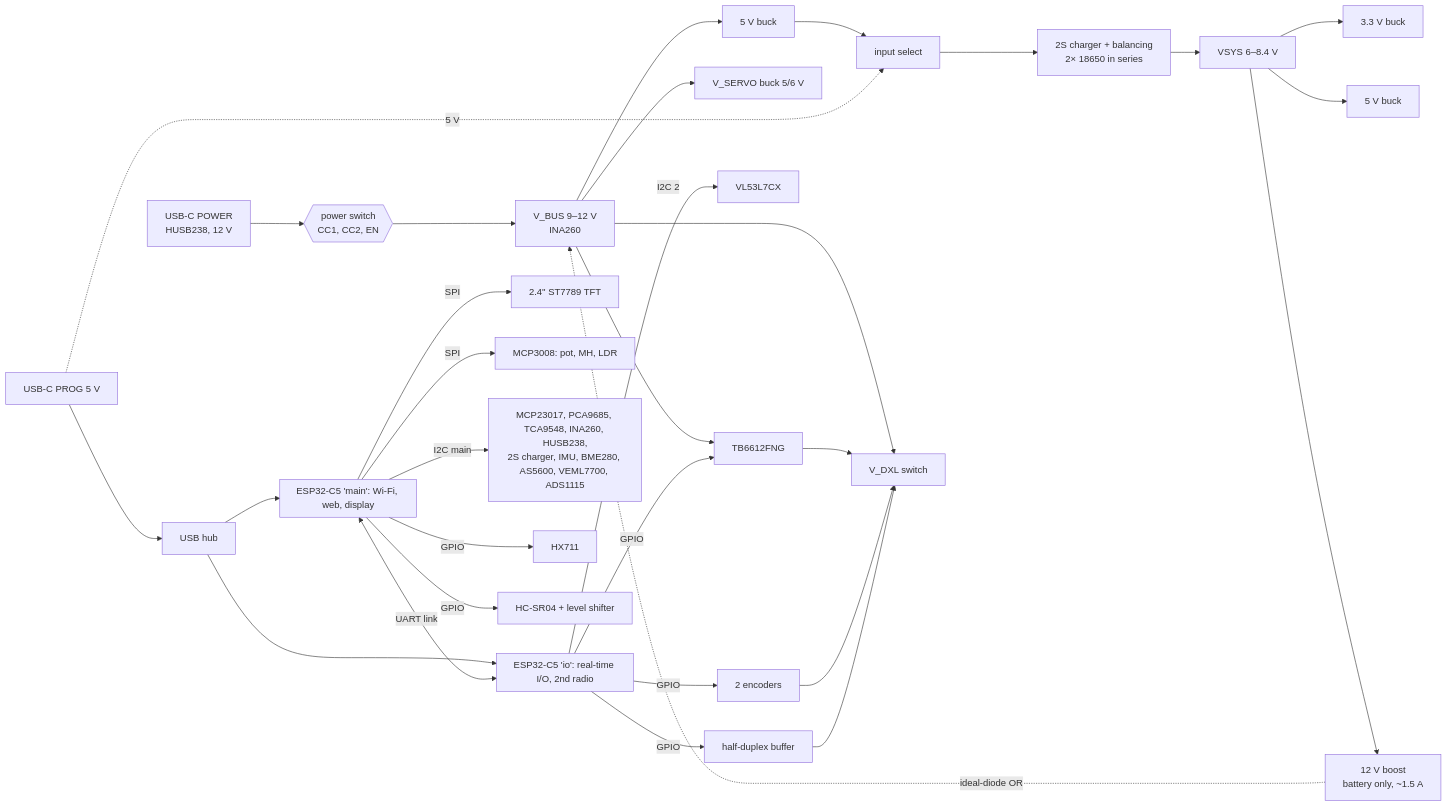
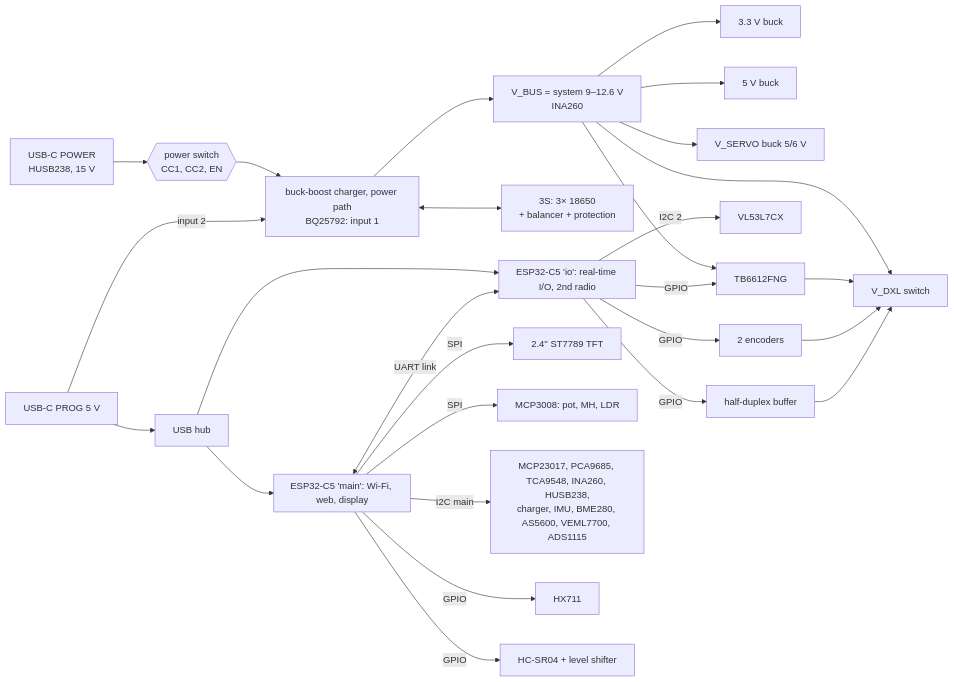
The diagram in Electronics_KiCad/PCB_SPEC.md (vgroenhuis/SensorTestSetup), drawn with Mermaid before and after one commit. The commit also changed other lines of this file, not shown here.

First line of the commit message:
PCB specification draft 0.5: battery 3S with a buck-boost charger

````diff
--- a/Electronics_KiCad/PCB_SPEC.md
+++ b/Electronics_KiCad/PCB_SPEC.md
@@ -43,24 +42,23 @@
 ```mermaid
 flowchart LR
-  PD[USB-C POWER<br>HUSB238, 12 V] --> SW{{power switch<br>CC1, CC2, EN}}
-  SW --> VBUS[V_BUS 9–12 V<br>INA260]
+  PD[USB-C POWER<br>HUSB238, 15 V] --> SW{{power switch<br>CC1, CC2, EN}}
+  SW --> CHG[buck-boost charger, power path<br>BQ25792: input 1]
   PROG[USB-C PROG 5 V] --> HUB[USB hub]
+  PROG -- input 2 --> CHG
   HUB --> A & B
-  VBUS --> C5V[5 V buck] --> MUX[input select] --> CHG[2S charger + balancing<br>2× 18650 in series]
-  PROG -. 5 V .-> MUX
-  CHG --> VSYS[VSYS 6–8.4 V] --> R33[3.3 V buck] & R5[5 V buck] & B12[12 V boost<br>battery only, ~1.5 A]
-  B12 -. ideal-diode OR .-> VBUS
-  VBUS --> SERVO[V_SERVO buck 5/6 V] & MOT[TB6612FNG] & DXL[V_DXL switch]
+  CHG <--> BAT[3S: 3× 18650<br>+ balancer + protection]
+  CHG --> VBUS[V_BUS = system 9–12.6 V<br>INA260]
+  VBUS --> R33[3.3 V buck] & R5[5 V buck] & SERVO[V_SERVO buck 5/6 V] & MOT[TB6612FNG] & DXL[V_DXL switch]
   subgraph A[ESP32-C5 'main': Wi-Fi, web, display]
     direction TB
   end
   subgraph B[ESP32-C5 'io': real-time I/O, 2nd radio]
     direction TB
   end
   A <-- UART link --> B
   A -- SPI --> TFT[2.4'' ST7789 TFT] & ADC8[MCP3008: pot, MH, LDR]
-  A -- I2C main --> I2CDEV[MCP23017, PCA9685, TCA9548, INA260, HUSB238,<br>2S charger, IMU, BME280, AS5600, VEML7700, ADS1115]
+  A -- I2C main --> I2CDEV[MCP23017, PCA9685, TCA9548, INA260, HUSB238,<br>charger, IMU, BME280, AS5600, VEML7700, ADS1115]
   A -- GPIO --> HX[HX711] & US[HC-SR04 + level shifter]
   B -- I2C 2 --> TOF[VL53L7CX]
   B -- GPIO --> MOT & ENC[2 encoders] & DXLBUF[half-duplex buffer] --> DXL
 ```
````
